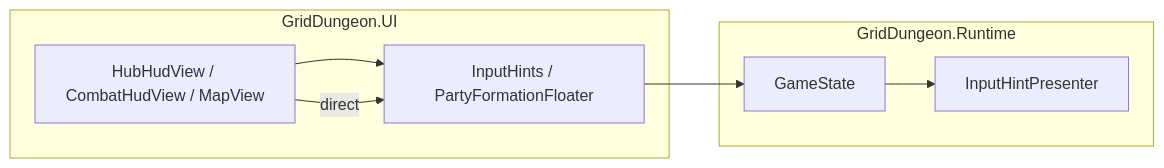
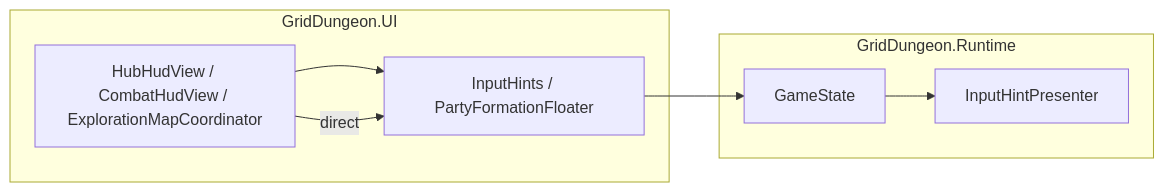
One commit to miramocha/griddungeon-design-docs changed the second of 2 diagrams in docs/04-dev/centralized-ui-services.md. Above: the diagram before and after it, drawn with Mermaid. The commit also changed other lines of this file and 21 other files, not shown here.

First line of the commit message:
docs: exploration map split (game #244) (#33)

````diff
--- a/docs/04-dev/centralized-ui-services.md
+++ b/docs/04-dev/centralized-ui-services.md
@@ -79,17 +82,17 @@
 ```mermaid
 flowchart LR
   subgraph ui [GridDungeon.UI]
-    HV[HubHudView / CombatHudView / MapView]
+    HV[HubHudView / CombatHudView / ExplorationMapCoordinator]
     FH[InputHints / PartyFormationFloater]
   end
 
   subgraph runtime [GridDungeon.Runtime]
     GS[GameState]
     IP[InputHintPresenter]
   end
 
   HV --> FH
   FH --> GS
   GS --> IP
   HV -->|direct| FH
 ```
````
